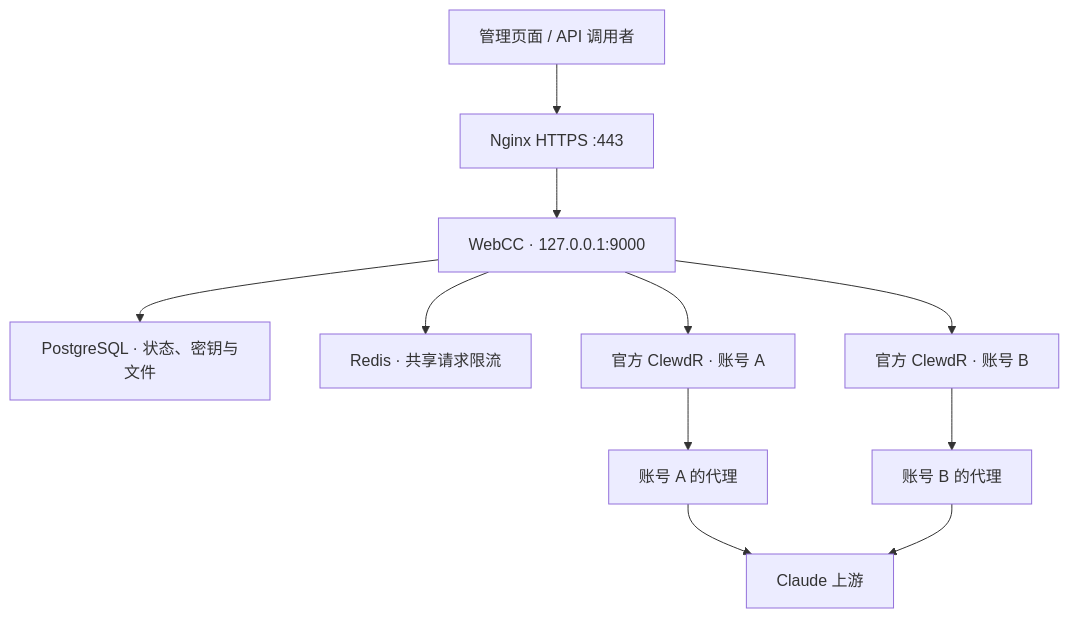
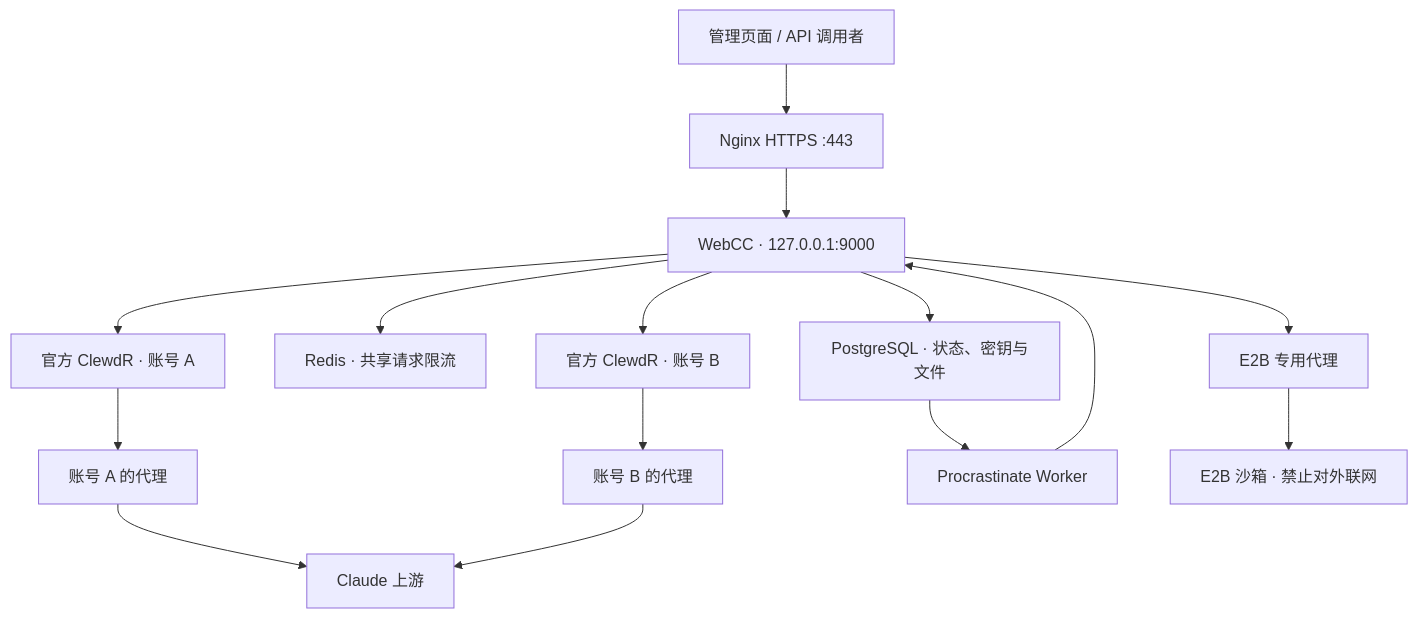
The diagram in README.md (chenjz0008-afk/webcc), drawn with Mermaid before and after one commit. The commit also changed other lines of this file and 42 other files, not shown here.

````diff
--- a/README.md
+++ b/README.md
@@ -13,13 +15,17 @@
 ```mermaid
 flowchart TD
     Browser[管理页面 / API 调用者] --> Nginx[Nginx HTTPS :443]
     Nginx --> Manager[WebCC · 127.0.0.1:9000]
     Manager --> Store[PostgreSQL · 状态、密钥与文件]
     Manager --> Limits[Redis · 共享请求限流]
     Manager --> WorkerA[官方 ClewdR · 账号 A]
     Manager --> WorkerB[官方 ClewdR · 账号 B]
     WorkerA --> ProxyA[账号 A 的代理]
     WorkerB --> ProxyB[账号 B 的代理]
+    Store --> Tasks[Procrastinate Worker]
+    Tasks --> Manager
+    Manager --> E2BProxy[E2B 专用代理]
+    E2BProxy --> E2B[E2B 沙箱 · 禁止对外联网]
     ProxyA --> Claude[Claude 上游]
     ProxyB --> Claude
 ```
````
